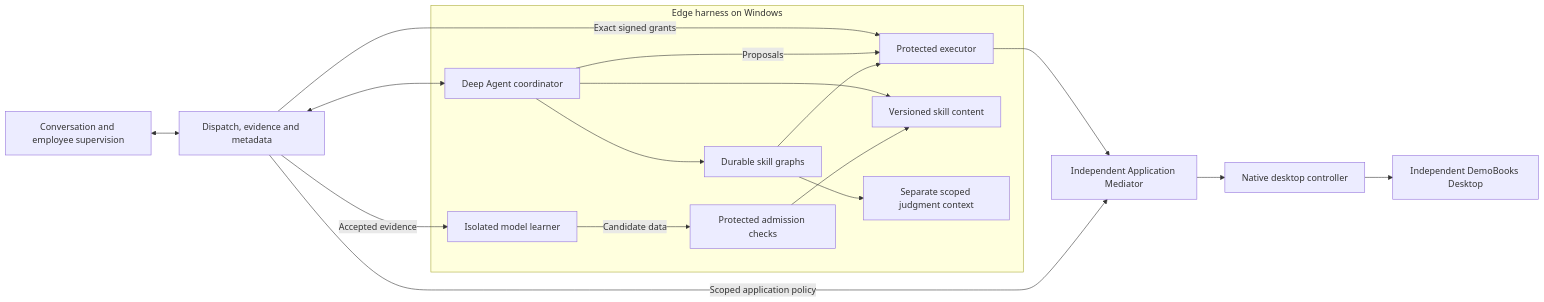
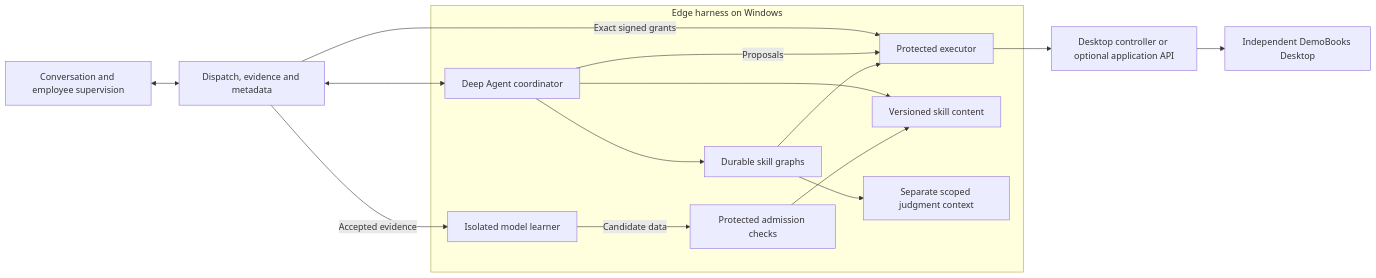
The diagram in README.md (philip-roy-jones/enterprise-agent-system), drawn with Mermaid before and after one commit. The commit also changed other lines of this file and 41 other files, not shown here.

Commit message:
Remove application mediator and restore direct desktop access

````diff
--- a/README.md
+++ b/README.md
@@ -116,20 +116,18 @@
 ```mermaid
 flowchart LR
     Staff[Conversation and employee supervision] <--> Server[Dispatch, evidence and metadata]
     Server <--> Agent
     Server -->|Exact signed grants| Authority
     subgraph Edge[Edge harness on Windows]
         Agent[Deep Agent coordinator] --> Skills[Versioned skill content]
         Agent --> Graph[Durable skill graphs]
         Agent -->|Proposals| Authority[Protected executor]
         Graph --> Authority
         Graph --> Judgment[Separate scoped judgment context]
         Learner[Isolated model learner] -->|Candidate data| Checks[Protected admission checks]
         Checks --> Skills
     end
-    Authority --> Mediator[Independent Application Mediator]
-    Server -->|Scoped application policy| Mediator
-    Mediator --> Controller[Native desktop controller]
+    Authority --> Controller[Desktop controller or optional application API]
     Controller --> DemoBooks[Independent DemoBooks Desktop]
     Server -->|Accepted evidence| Learner
 ```
````
